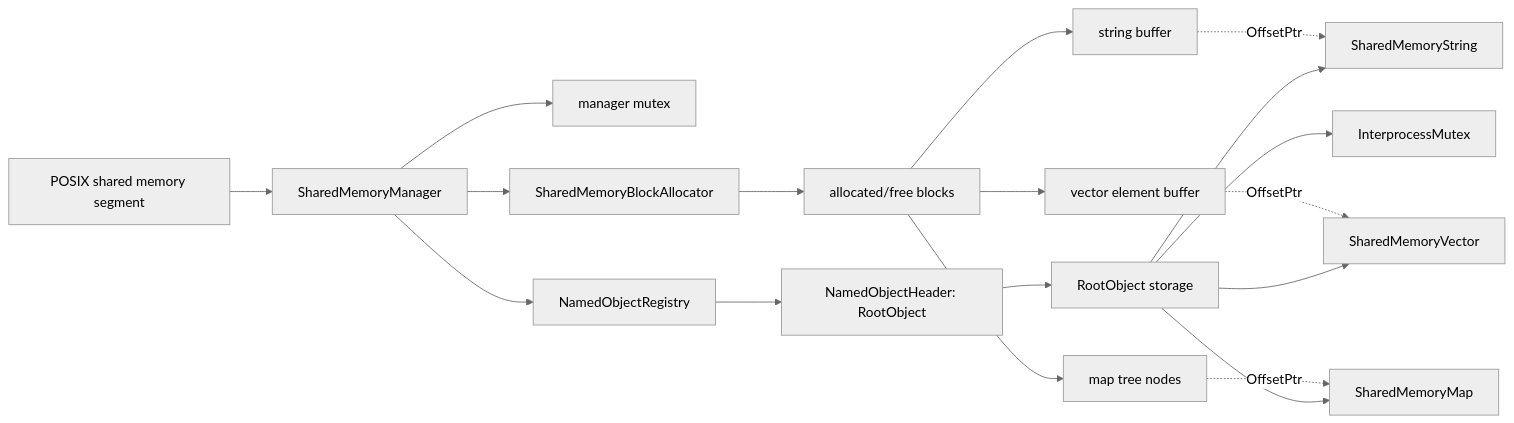
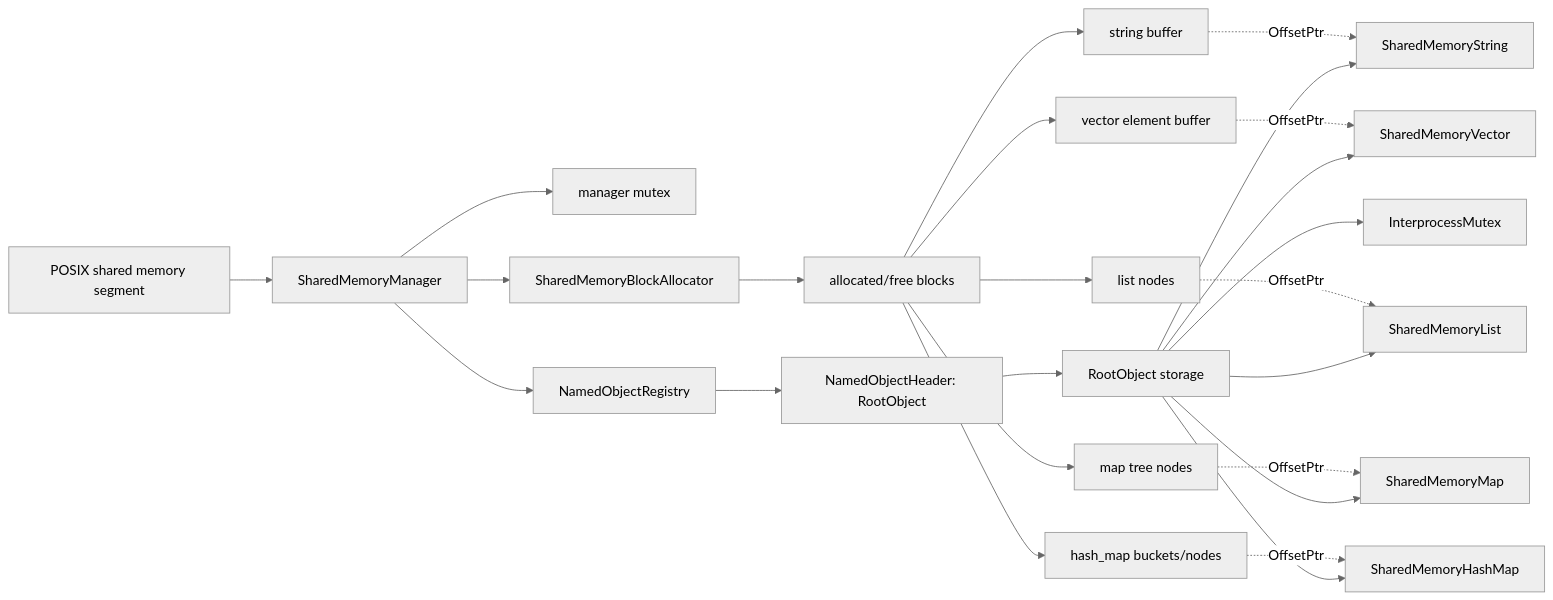
The second of 7 diagrams in README.md (silencewings1/shm_next), drawn with Mermaid (neutral theme) before and after one commit. The commit also changed other lines of this file and 1 other file, not shown here.

````diff
--- a/README.md
+++ b/README.md
@@ -148,23 +194,29 @@
 ```mermaid
 flowchart LR
     Segment["POSIX shared memory segment"] --> Header["SharedMemoryManager"]
     Header --> Mutex["manager mutex"]
     Header --> Allocator["SharedMemoryBlockAllocator"]
     Header --> Registry["NamedObjectRegistry"]
 
     Registry --> NameA["NamedObjectHeader: RootObject"]
     NameA --> Root["RootObject storage"]
     Root --> UserMutex["InterprocessMutex"]
     Root --> String["SharedMemoryString"]
     Root --> Vector["SharedMemoryVector"]
+    Root --> List["SharedMemoryList"]
     Root --> Map["SharedMemoryMap"]
+    Root --> HashMap["SharedMemoryHashMap"]
 
     Allocator --> Blocks["allocated/free blocks"]
     Blocks --> StringBuffer["string buffer"]
     Blocks --> VectorBuffer["vector element buffer"]
+    Blocks --> ListNodes["list nodes"]
     Blocks --> MapNodes["map tree nodes"]
+    Blocks --> HashMapNodes["hash_map buckets/nodes"]
 
     StringBuffer -. "OffsetPtr" .-> String
     VectorBuffer -. "OffsetPtr" .-> Vector
+    ListNodes -. "OffsetPtr" .-> List
     MapNodes -. "OffsetPtr" .-> Map
+    HashMapNodes -. "OffsetPtr" .-> HashMap
 ```
````
